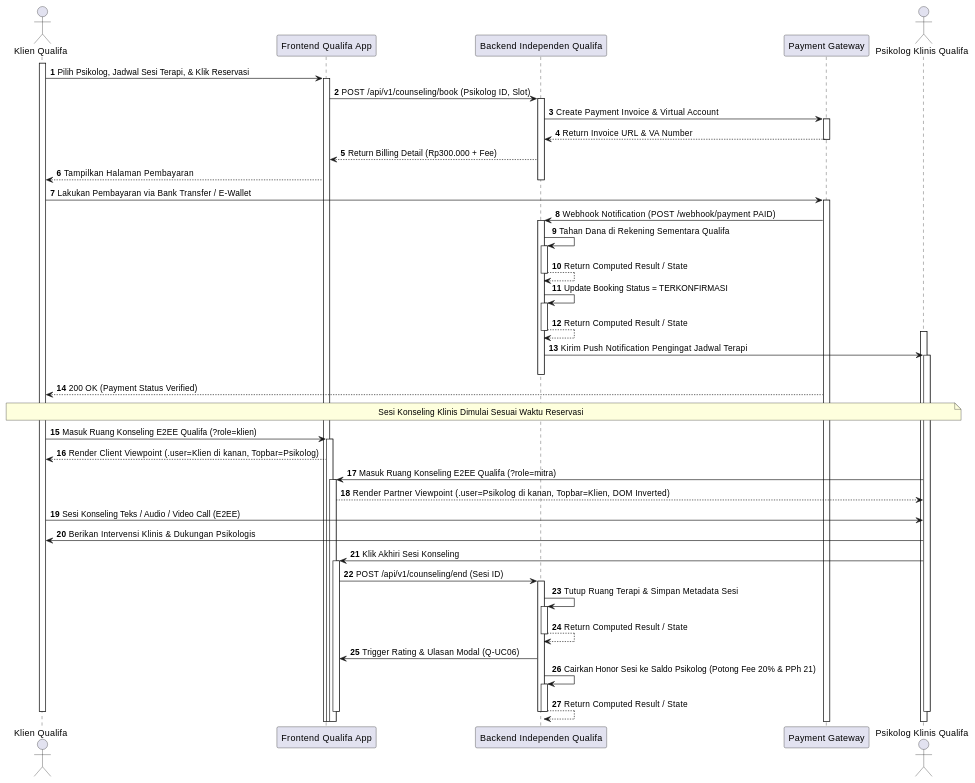
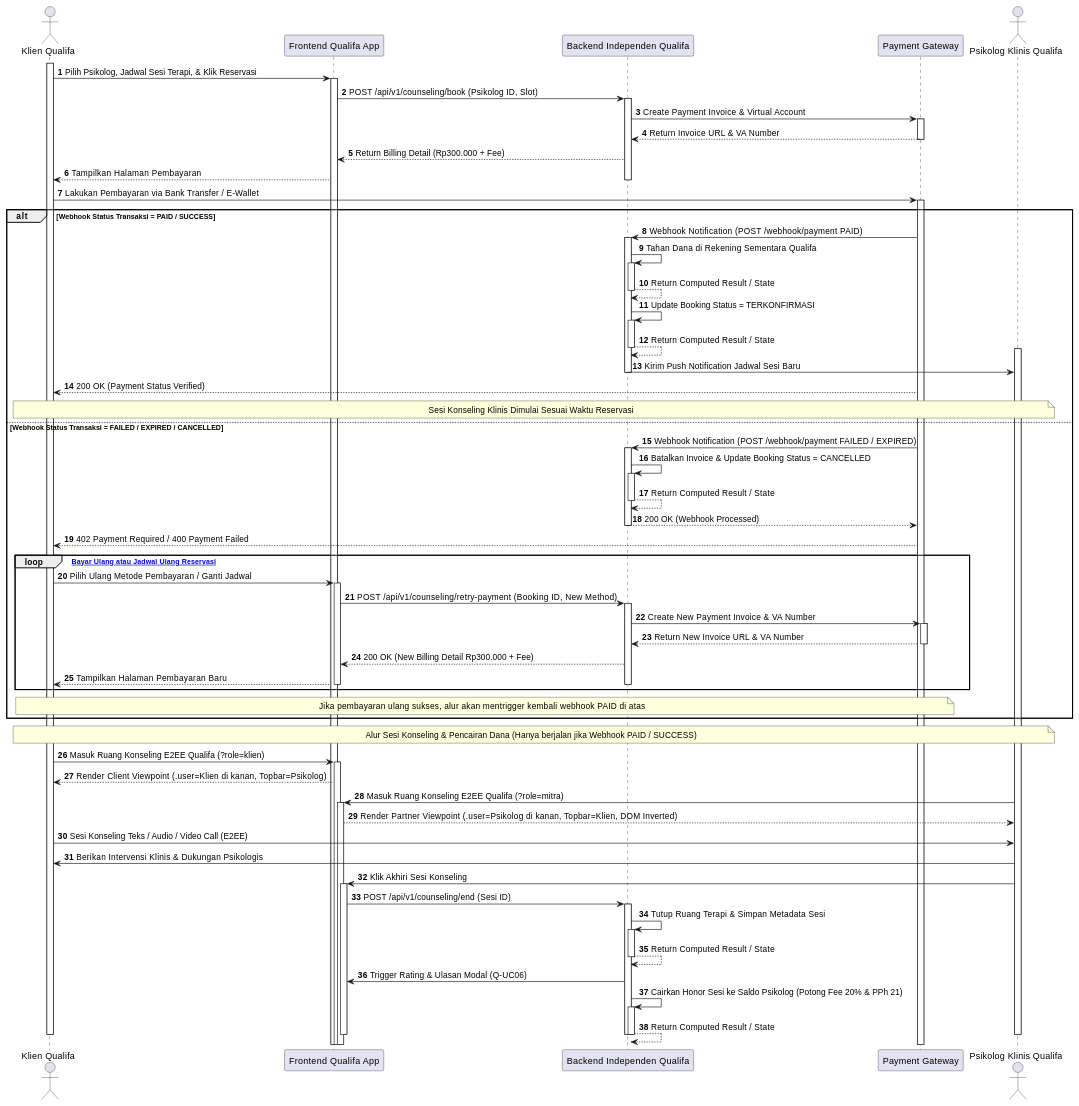
Diagram 18 of 27 in MarkDown/plantuml_sequence_diagrams.md (tupperwureism/SuperApp-Gagal), drawn with PlantUML before and after one commit. The commit also changed other lines of this file, not shown here.

Commit message:
fix(uml): ensure 100% loop and alt enclosure parity across all 11 sequence diagrams

````diff
--- a/MarkDown/plantuml_sequence_diagrams.md
+++ b/MarkDown/plantuml_sequence_diagrams.md
@@ -950,50 +1016,74 @@
 ```plantuml
 @startuml
 autonumber
 actor "Klien Qualifa" as Klien
 participant "Frontend Qualifa App" as FE
 participant "Backend Independen Qualifa" as BE
 participant "Payment Gateway" as PG
 actor "Psikolog Klinis Qualifa" as Mitra
 
 activate Klien
 Klien -> FE ++ : Pilih Psikolog, Jadwal Sesi Terapi, & Klik Reservasi
 FE -> BE ++ : POST /api/v1/counseling/book (Psikolog ID, Slot)
 BE -> PG ++ : Create Payment Invoice & Virtual Account
 PG --> BE -- : Return Invoice URL & VA Number
 BE --> FE : Return Billing Detail (Rp300.000 + Fee)
 FE --> Klien : Tampilkan Halaman Pembayaran
 deactivate BE
 
 Klien -> PG ++ : Lakukan Pembayaran via Bank Transfer / E-Wallet
-PG -> BE ++ : Webhook Notification (POST /webhook/payment PAID)
-BE -> BE ++ : Tahan Dana di Rekening Sementara Qualifa
-BE --> BE -- : Return Computed Result / State
-BE -> BE ++ : Update Booking Status = TERKONFIRMASI
-BE --> BE -- : Return Computed Result / State
-activate Mitra
-BE -> Mitra ++ : Kirim Push Notification Pengingat Jadwal Terapi
-deactivate BE
-PG --> Klien : 200 OK (Payment Status Verified)
 
-note over Klien, Mitra : Sesi Konseling Klinis Dimulai Sesuai Waktu Reservasi
+alt Webhook Status Transaksi = PAID / SUCCESS
+    PG -> BE ++ : Webhook Notification (POST /webhook/payment PAID)
+    BE -> BE ++ : Tahan Dana di Rekening Sementara Qualifa
+    BE --> BE -- : Return Computed Result / State
+    BE -> BE ++ : Update Booking Status = TERKONFIRMASI
+    BE --> BE -- : Return Computed Result / State
+    activate Mitra
+    BE -> Mitra : Kirim Push Notification Jadwal Sesi Baru
+    deactivate BE
+    PG --> Klien : 200 OK (Payment Status Verified)
+    
+    note over Klien, Mitra : Sesi Konseling Klinis Dimulai Sesuai Waktu Reservasi
+else Webhook Status Transaksi = FAILED / EXPIRED / CANCELLED
+    PG -> BE ++ : Webhook Notification (POST /webhook/payment FAILED / EXPIRED)
+    BE -> BE ++ : Batalkan Invoice & Update Booking Status = CANCELLED
+    BE --> BE -- : Return Computed Result / State
+    BE --> PG -- : 200 OK (Webhook Processed)
+    PG --> Klien : 402 Payment Required / 400 Payment Failed
+    
+    loop [Coba Bayar Ulang atau Jadwal Ulang Reservasi]
+        Klien -> FE ++ : Pilih Ulang Metode Pembayaran / Ganti Jadwal
+        FE -> BE ++ : POST /api/v1/counseling/retry-payment (Booking ID, New Method)
+        BE -> PG ++ : Create New Payment Invoice & VA Number
+        PG --> BE -- : Return New Invoice URL & VA Number
+        BE --> FE : 200 OK (New Billing Detail Rp300.000 + Fee)
+        FE --> Klien : Tampilkan Halaman Pembayaran Baru
+        deactivate BE
+        deactivate FE
+    end
+    
+    note over Klien, PG : Jika pembayaran ulang sukses, alur akan mentrigger kembali webhook PAID di atas
+end
+
+note over Klien, Mitra : Alur Sesi Konseling & Pencairan Dana (Hanya berjalan jika Webhook PAID / SUCCESS)
 Klien -> FE ++ : Masuk Ruang Konseling E2EE Qualifa (?role=klien)
 FE --> Klien : Render Client Viewpoint (.user=Klien di kanan, Topbar=Psikolog)
 Mitra -> FE ++ : Masuk Ruang Konseling E2EE Qualifa (?role=mitra)
 FE --> Mitra : Render Partner Viewpoint (.user=Psikolog di kanan, Topbar=Klien, DOM Inverted)
 Klien -> Mitra : Sesi Konseling Teks / Audio / Video Call (E2EE)
 Mitra -> Klien : Berikan Intervensi Klinis & Dukungan Psikologis
 
 Mitra -> FE ++ : Klik Akhiri Sesi Konseling
 FE -> BE ++ : POST /api/v1/counseling/end (Sesi ID)
 BE -> BE ++ : Tutup Ruang Terapi & Simpan Metadata Sesi
 BE --> BE -- : Return Computed Result / State
 BE -> FE : Trigger Rating & Ulasan Modal (Q-UC06)
 BE -> BE ++ : Cairkan Honor Sesi ke Saldo Psikolog (Potong Fee 20% & PPh 21)
 BE --> BE -- : Return Computed Result / State
 deactivate BE
 deactivate FE
 deactivate Klien
 deactivate Mitra
 @enduml
 ```
````
